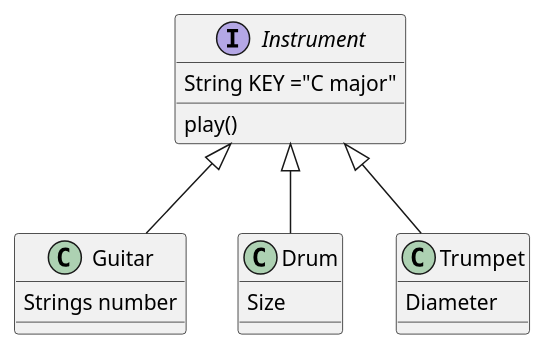
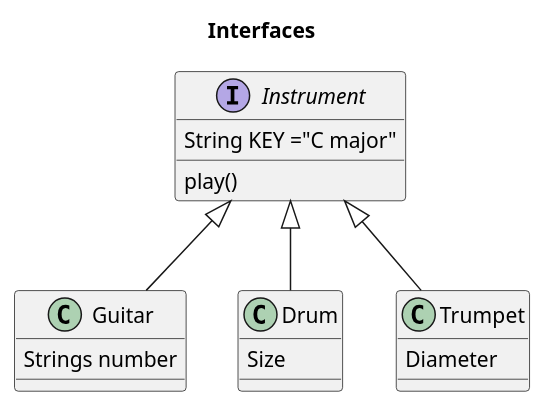
The diagram in UML practice/docs/diagrams/src/Instruments.wsd (milovdg/UMLPractice), drawn with PlantUML before and after one commit.

Commit message:
08122021-2

```diff
--- a/UML practice/docs/diagrams/src/Instruments.wsd
+++ b/UML practice/docs/diagrams/src/Instruments.wsd
@@ -1,20 +1,21 @@
 @startuml
+title Interfaces
 
 interface Instrument
 class Guitar
 class Drum
 class Trumpet 
 
 Instrument : play()
 Instrument : String KEY ="C major"
 
 Instrument <|-- Guitar
 Guitar : Strings number
 
 Instrument <|-- Drum
 Drum : Size
 
 Instrument <|-- Trumpet
 Trumpet : Diameter
 
 @enduml
```
